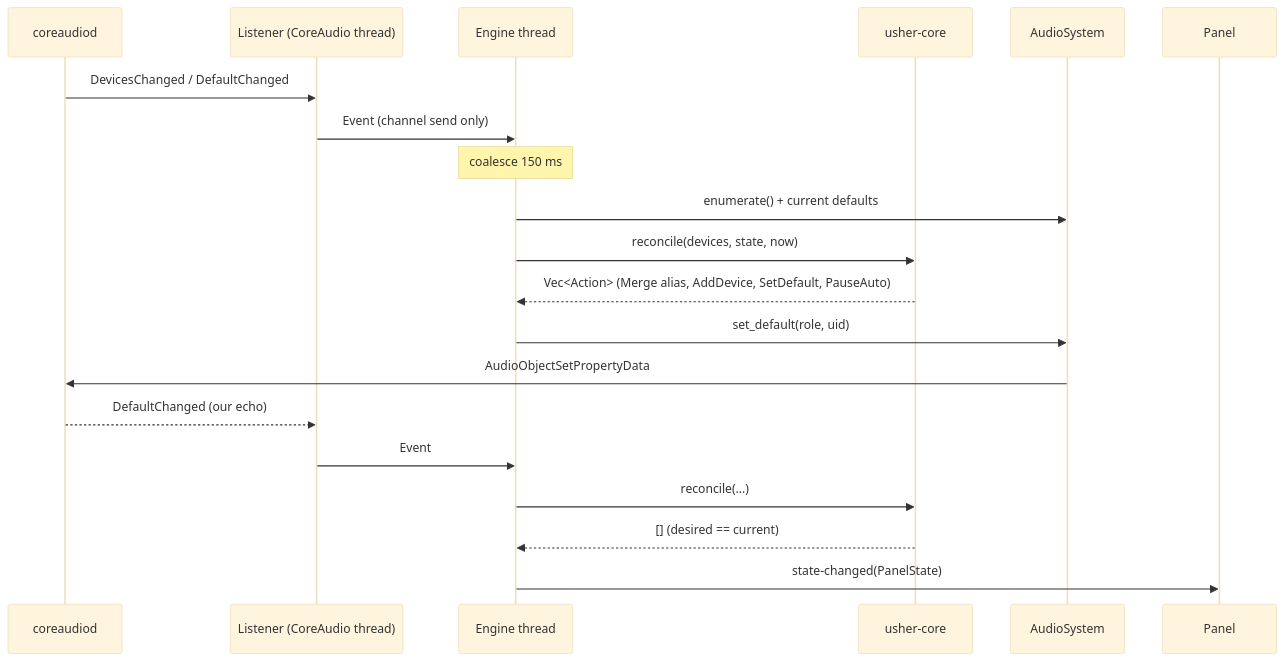
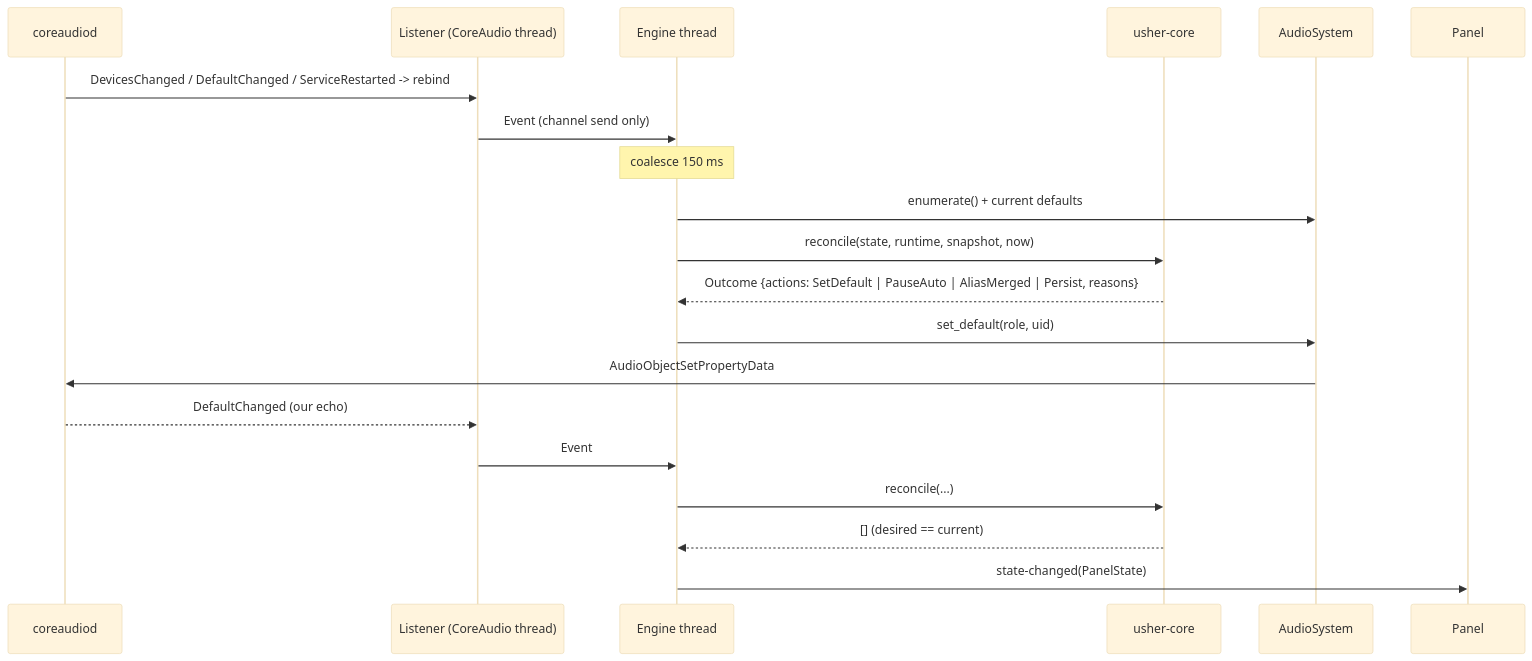
The second of 4 diagrams in docs/architecture/overview.md (cef62/usher), drawn with Mermaid (base theme) before and after one commit. The commit also changed other lines of this file and 31 other files, not shown here.

````diff
--- a/docs/architecture/overview.md
+++ b/docs/architecture/overview.md
@@ -56,23 +56,23 @@
 ```mermaid
 sequenceDiagram
   participant CA as coreaudiod
   participant L as Listener (CoreAudio thread)
   participant E as Engine thread
   participant C as usher-core
   participant S as AudioSystem
   participant UI as Panel
 
-  CA->>L: DevicesChanged / DefaultChanged
+  CA->>L: DevicesChanged / DefaultChanged / ServiceRestarted -> rebind
   L->>E: Event (channel send only)
   Note over E: coalesce 150 ms
   E->>S: enumerate() + current defaults
-  E->>C: reconcile(devices, state, now)
-  C-->>E: Vec<Action> (Merge alias, AddDevice, SetDefault, PauseAuto)
+  E->>C: reconcile(state, runtime, snapshot, now)
+  C-->>E: Outcome {actions: SetDefault | PauseAuto | AliasMerged | Persist, reasons}
   E->>S: set_default(role, uid)
   S->>CA: AudioObjectSetPropertyData
   CA-->>L: DefaultChanged (our echo)
   L->>E: Event
   E->>C: reconcile(...)
   C-->>E: [] (desired == current)
   E->>UI: state-changed(PanelState)
 ```
````
